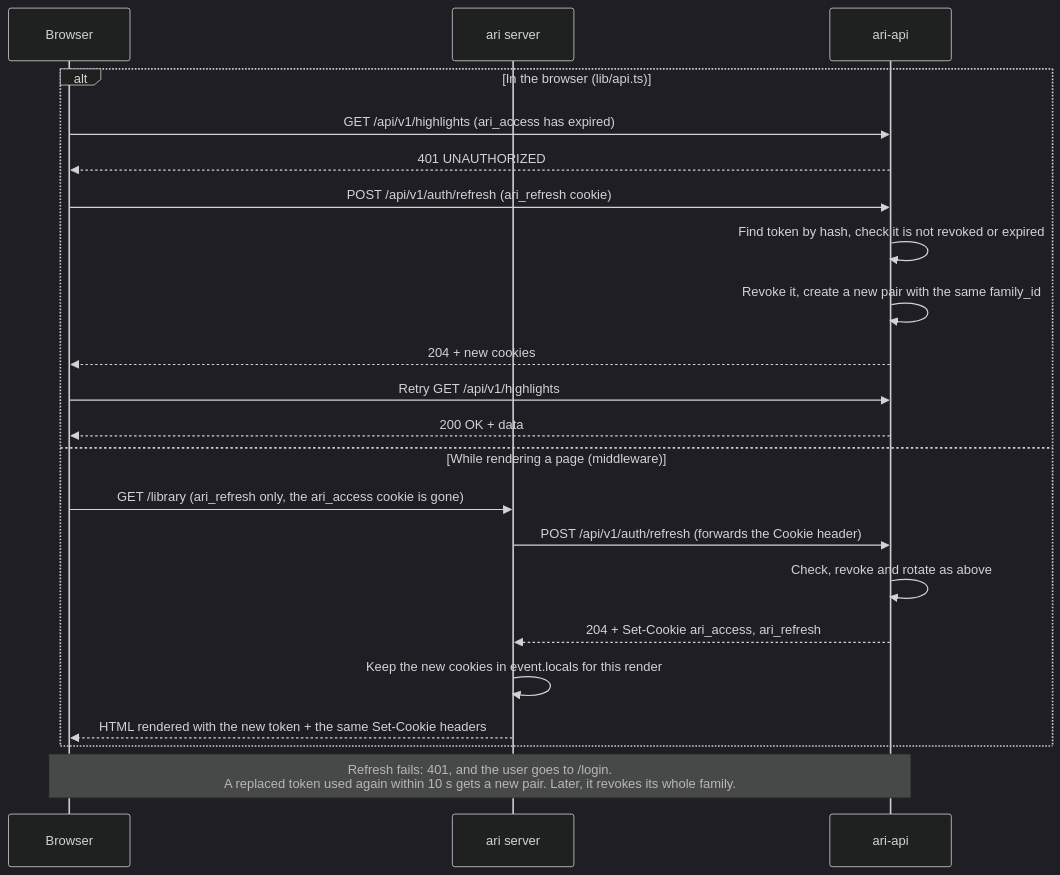
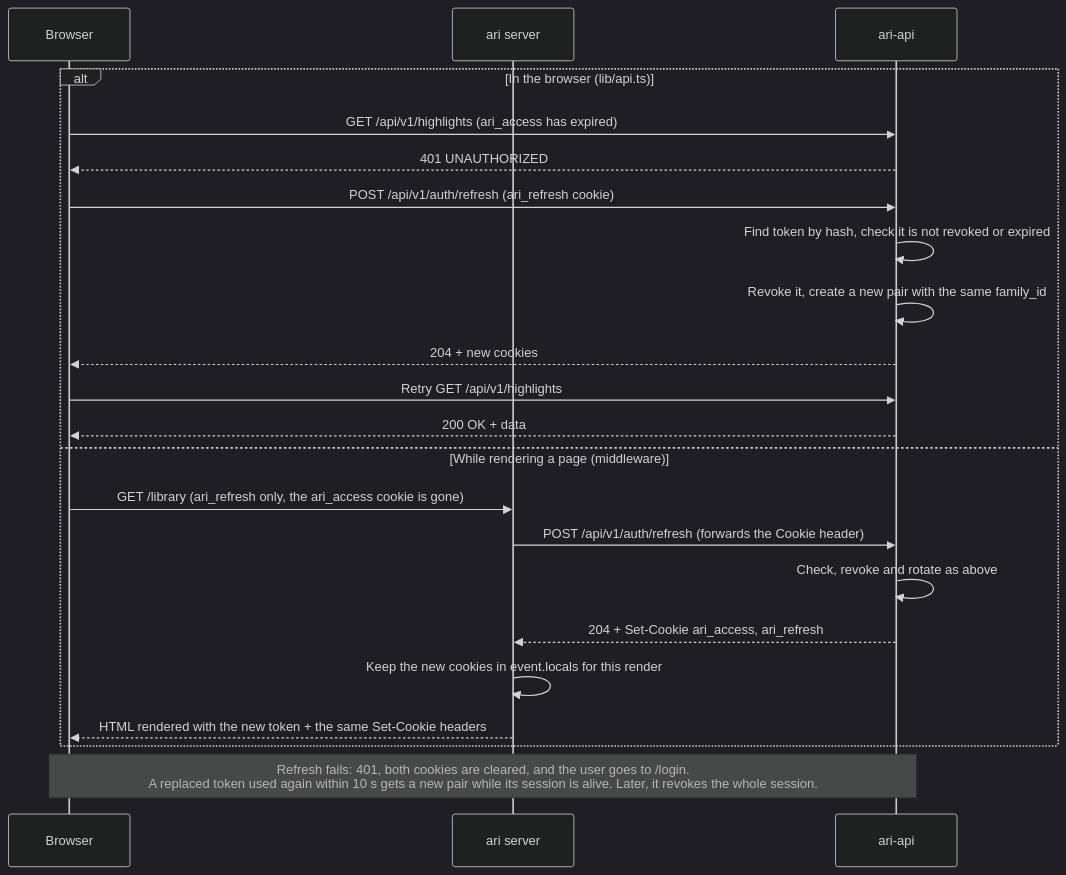
Before and after one commit to salimsalimzade/ari-api: the second of 8 diagrams in docs/sequences.md, drawn with Mermaid (dark theme). The commit also changed other lines of this file and 74 other files, not shown here.

````diff
--- a/docs/sequences.md
+++ b/docs/sequences.md
@@ -38,24 +37,24 @@
 ```mermaid
 sequenceDiagram
   participant B as Browser
   participant W as ari server
   participant A as ari-api
   alt In the browser (lib/api.ts)
     B->>A: GET /api/v1/highlights (ari_access has expired)
     A-->>B: 401 UNAUTHORIZED
     B->>A: POST /api/v1/auth/refresh (ari_refresh cookie)
     A->>A: Find token by hash, check it is not revoked or expired
     A->>A: Revoke it, create a new pair with the same family_id
     A-->>B: 204 + new cookies
     B->>A: Retry GET /api/v1/highlights
     A-->>B: 200 OK + data
   else While rendering a page (middleware)
     B->>W: GET /library (ari_refresh only, the ari_access cookie is gone)
     W->>A: POST /api/v1/auth/refresh (forwards the Cookie header)
     A->>A: Check, revoke and rotate as above
     A-->>W: 204 + Set-Cookie ari_access, ari_refresh
     W->>W: Keep the new cookies in event.locals for this render
     W-->>B: HTML rendered with the new token + the same Set-Cookie headers
   end
-  Note over B,A: Refresh fails: 401, and the user goes to /login.<br/>A replaced token used again within 10 s gets a new pair. Later, it revokes its whole family.
+  Note over B,A: Refresh fails: 401, both cookies are cleared, and the user goes to /login.<br/>A replaced token used again within 10 s gets a new pair while its session is alive. Later, it revokes the whole session.
 ```
````
